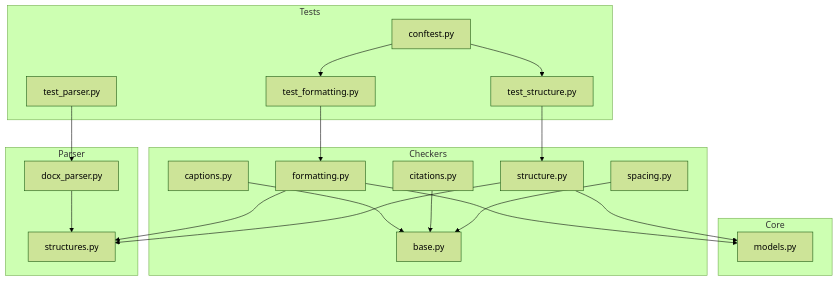
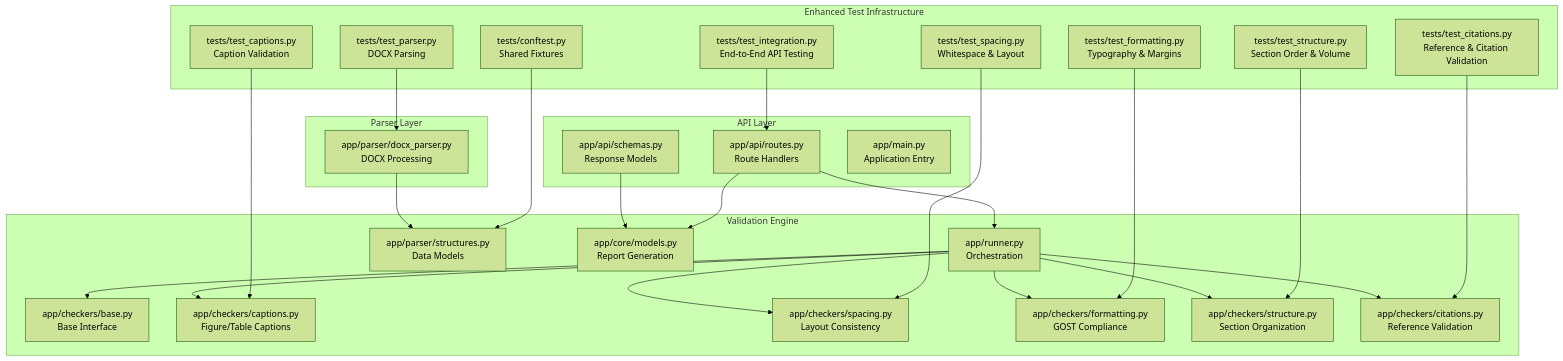
One commit to geekeraman/dissertation-checker changed the first of 6 diagrams in .qoder/repowiki/en/content/Testing Strategy.md. Above: the diagram before and after it, drawn with Mermaid (forest theme). The commit also changed other lines of this file and 88 other files, not shown here.

Commit message:
feat: enhance all checkers with GOST 7.32-2017 requirements — heading centering, paragraph indent, page breaks, Kazakh caption format, citation consistency, abstract word count, fix parser bugs (Twips, false sections)

````diff
--- a/.qoder/repowiki/en/content/Testing Strategy.md
+++ b/.qoder/repowiki/en/content/Testing Strategy.md
@@ -43,37 +55,50 @@
 ```mermaid
 graph TB
-subgraph "Tests"
-CF["conftest.py"]
-TF["test_formatting.py"]
-TS["test_structure.py"]
-TP["test_parser.py"]
+subgraph "Enhanced Test Infrastructure"
+T1["tests/conftest.py<br/>Shared Fixtures"]
+T2["tests/test_captions.py<br/>Caption Validation"]
+T3["tests/test_spacing.py<br/>Whitespace & Layout"]
+T4["tests/test_formatting.py<br/>Typography & Margins"]
+T5["tests/test_structure.py<br/>Section Order & Volume"]
+T6["tests/test_citations.py<br/>Reference & Citation Validation"]
+T7["tests/test_parser.py<br/>DOCX Parsing"]
+T8["tests/test_integration.py<br/>End-to-End API Testing"]
 end
-subgraph "Checkers"
-BC["base.py"]
-FMT["formatting.py"]
-STR["structure.py"]
-CAP["captions.py"]
-CIT["citations.py"]
-SPA["spacing.py"]
+subgraph "API Layer"
+R1["app/api/routes.py<br/>Route Handlers"]
+R2["app/api/schemas.py<br/>Response Models"]
+M1["app/main.py<br/>Application Entry"]
 end
-subgraph "Parser"
-DP["docx_parser.py"]
-ST["structures.py"]
+subgraph "Validation Engine"
+C1["app/checkers/base.py<br/>Base Interface"]
+C2["app/checkers/captions.py<br/>Figure/Table Captions"]
+C3["app/checkers/spacing.py<br/>Layout Consistency"]
+C4["app/checkers/formatting.py<br/>GOST Compliance"]
+C5["app/checkers/structure.py<br/>Section Organization"]
+C6["app/checkers/citations.py<br/>Reference Validation"]
+RU["app/runner.py<br/>Orchestration"]
+P1["app/parser/structures.py<br/>Data Models"]
+D1["app/core/models.py<br/>Report Generation"]
 end
-subgraph "Core"
-MD["models.py"]
+subgraph "Parser Layer"
+DP["app/parser/docx_parser.py<br/>DOCX Processing"]
 end
-CF --> TF
-CF --> TS
-TF --> FMT
-TS --> STR
-TP --> DP
-FMT --> MD
-STR --> MD
-DP --> ST
-FMT --> ST
-STR --> ST
-CAP --> BC
-CIT --> BC
-SPA --> BC
+T1 --> P1
+T2 --> C2
+T3 --> C3
+T4 --> C4
+T5 --> C5
+T6 --> C6
+T7 --> DP
+T8 --> R1
+R1 --> RU
+RU --> C1
+RU --> C2
+RU --> C3
+RU --> C4
+RU --> C5
+RU --> C6
+R1 --> D1
+R2 --> D1
+DP --> P1
 ```
````
